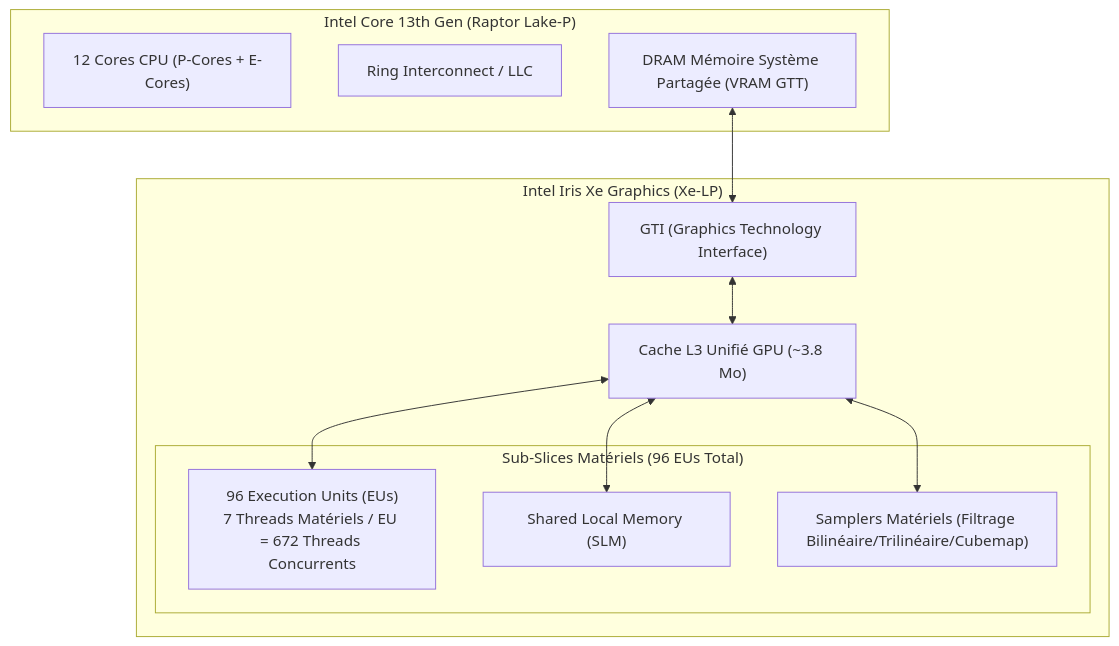
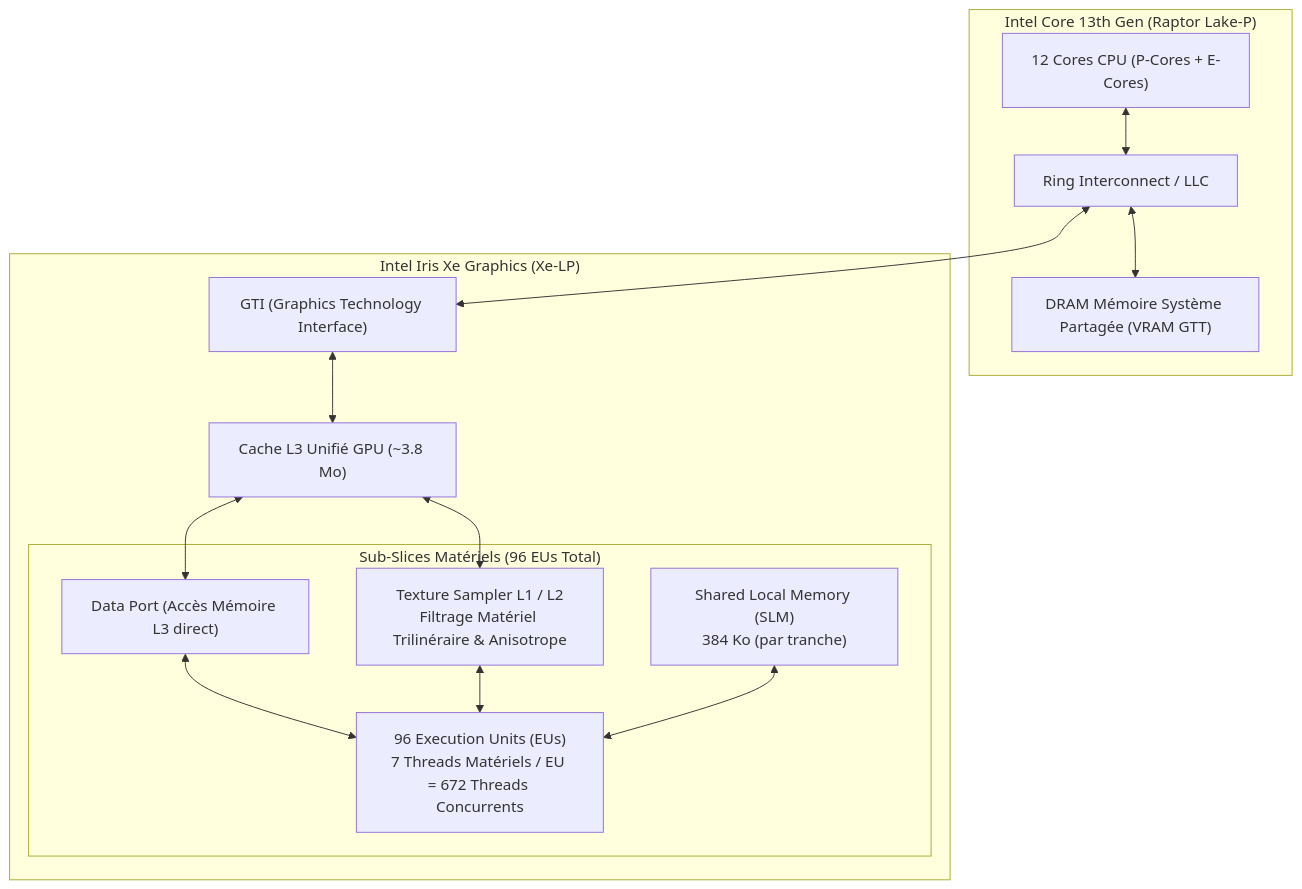
The diagram in docs/vtune-gpu-profiling-tutorial-and-analysis-guide-2026-08-21.md (yoyonel-lab/suckless-odin), drawn with Mermaid before and after one commit. The commit also changed other lines of this file and 7 other files, not shown here.

Commit message:
ci(docs): add markdown link integrity verifier, MIT license & update roadmap

````diff
--- a/docs/vtune-gpu-profiling-tutorial-and-analysis-guide-2026-08-21.md
+++ b/docs/vtune-gpu-profiling-tutorial-and-analysis-guide-2026-08-21.md
@@ -32,25 +33,30 @@
 ```mermaid
 flowchart TD
     subgraph SoC["Intel Core 13th Gen (Raptor Lake-P)"]
         CPU["12 Cores CPU (P-Cores + E-Cores)"]
         LLC["Ring Interconnect / LLC"]
         DRAM["DRAM Mémoire Système Partagée (VRAM GTT)"]
     end
 
     subgraph GPU["Intel Iris Xe Graphics (Xe-LP)"]
         GTI["GTI (Graphics Technology Interface)"]
         L3["Cache L3 Unifié GPU (~3.8 Mo)"]
         
         subgraph DualSubSlices["Sub-Slices Matériels (96 EUs Total)"]
             EU["96 Execution Units (EUs)<br>7 Threads Matériels / EU = 672 Threads Concurrents"]
-            SLM["Shared Local Memory (SLM)"]
-            SAMPLER["Samplers Matériels (Filtrage Bilinéaire/Trilinéaire/Cubemap)"]
+            SLM["Shared Local Memory (SLM)<br>384 Ko (par tranche)"]
+            Sampler["Texture Sampler L1 / L2<br>Filtrage Matériel Trilinéraire & Anisotrope"]
+            SubsliceDataPort["Data Port (Accès Mémoire L3 direct)"]
         end
     end
 
-    DRAM <--> GTI
+    CPU <--> LLC
+    LLC <--> DRAM
+    LLC <--> GTI
     GTI <--> L3
-    L3 <--> EU
-    L3 <--> SAMPLER
-    L3 <--> SLM
+    L3 <--> SubsliceDataPort
+    L3 <--> Sampler
+    SubsliceDataPort <--> EU
+    Sampler <--> EU
+    SLM <--> EU
 ```
````
